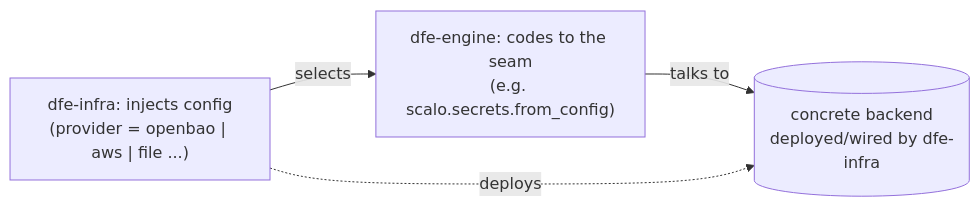
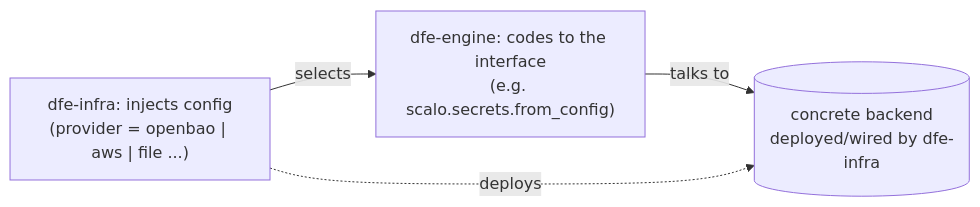
Before and after one commit to hyperi-io/dfe-engine: the first of 4 diagrams in docs/deployment/backing-services.md, drawn with Mermaid. The commit also changed other lines of this file and 13 other files, not shown here.

````diff
--- a/docs/deployment/backing-services.md
+++ b/docs/deployment/backing-services.md
@@ -34,9 +34,9 @@
 ```mermaid
 flowchart LR
     cfg["dfe-infra: injects config<br/>(provider = openbao | aws | file ...)"]
-    eng["dfe-engine: codes to the seam<br/>(e.g. scalo.secrets.from_config)"]
+    eng["dfe-engine: codes to the interface<br/>(e.g. scalo.secrets.from_config)"]
     be[("concrete backend<br/>deployed/wired by dfe-infra")]
     cfg -->|selects| eng
     eng -->|talks to| be
     cfg -. deploys .-> be
 ```
````
